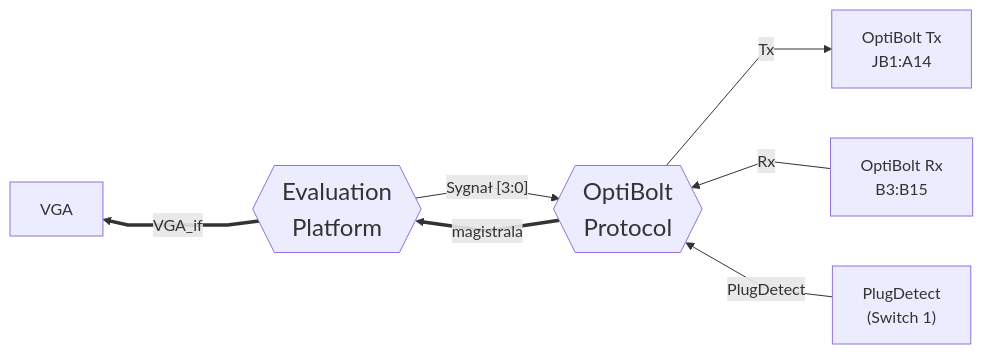
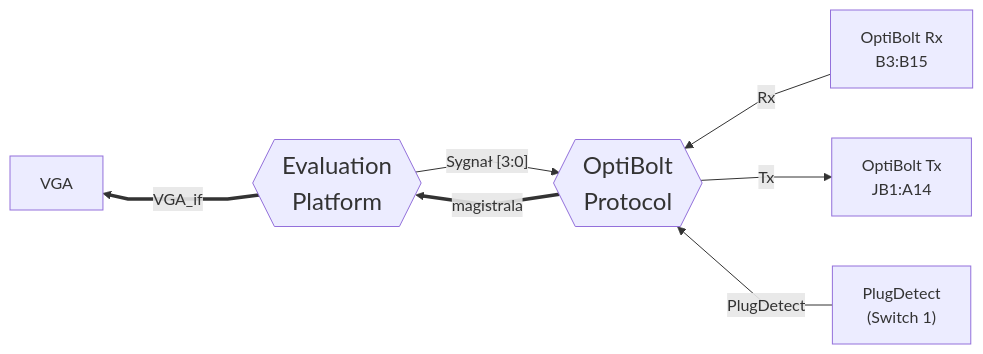
Before and after one commit to Ziemniaczenka/OptiBolt-protocol-and-evaluation: the second of 3 diagrams in README.md, drawn with Mermaid. The commit also changed other lines of this file, not shown here.

````diff
--- a/README.md
+++ b/README.md
@@ -242,45 +240,47 @@
 ``` mermaid
   flowchart LR
     %%{init: {'flowchart': {'curve': 'linear'}}}%%
 
     %% Modules
 
     VGA[VGA]
     
     Eval[Evaluation 
     Platform]
     Eval@{shape: hex}
     style Eval font-size:24px
 
     OptiBolt[OptiBolt 
     Protocol]
     OptiBolt@{shape: hex}
     style OptiBolt font-size:24px
 
     Tx["OptiBolt Tx
         JB1:A14"]
     Rx["OptiBolt Rx
         B3:B15"]
     PlugDetect["PlugDetect
         (Switch 1)"]
     
 
     %% Connections TODO: zgodne nazwy portów i połączeń, pozostałe moduły
 
     VGA ~~~ Eval
     Eval ===>|VGA_if| VGA
 
 
     %% Tu opisać wszystkie połączenia między Eval a OptiBolt
     Eval --> |"Sygnał [3:0] "| OptiBolt
     OptiBolt ==>|magistrala| Eval
 
+    OptiBolt ~~~ Rx 
     OptiBolt -->|Tx| Tx
     OptiBolt ~~~ Rx 
     Rx--> |Rx| OptiBolt
-    Rx ~~~ OptiBolt
+    %%Rx ~~~ OptiBolt
     OptiBolt ~~~ PlugDetect 
+    
     PlugDetect -->|PlugDetect| OptiBolt
     PlugDetect ~~~ OptiBolt
 
 ```
````
